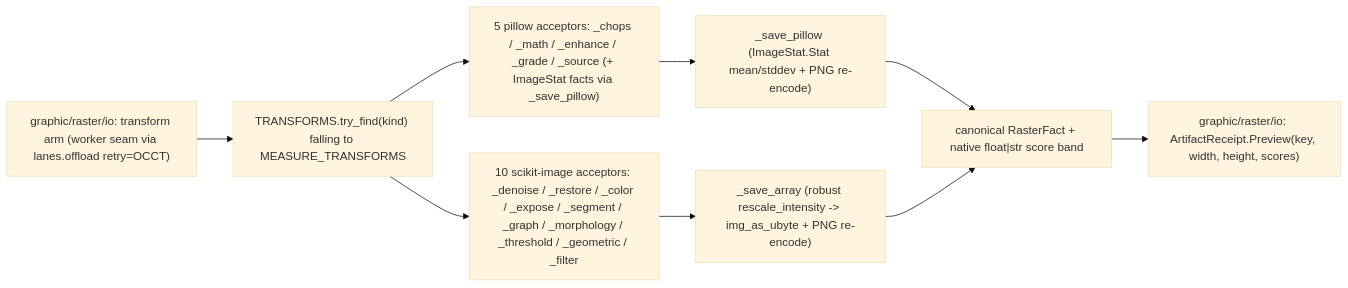
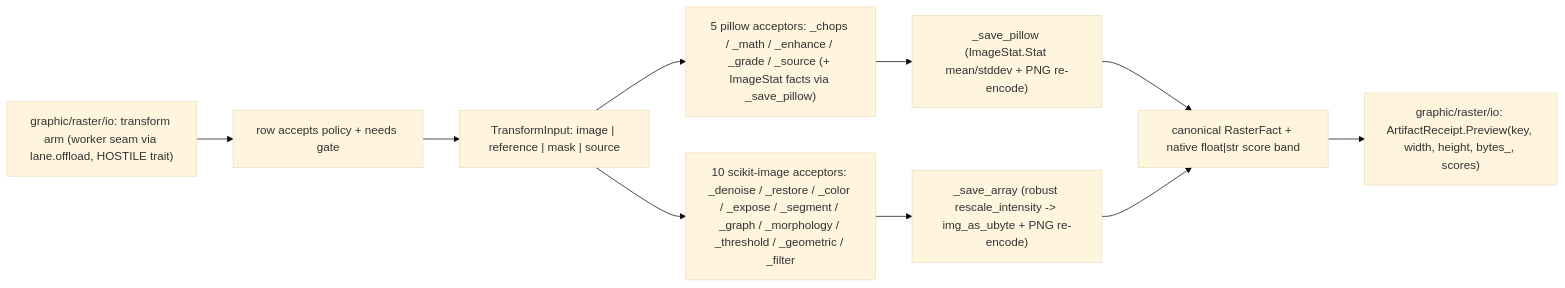
One commit to bsamiee/Rasm changed the diagram in libs/python/artifacts/.planning/graphic/raster/process.md. Above: the diagram before and after it, drawn with Mermaid (base theme). The commit also changed other lines of this file and 143 other files, not shown here.

````diff
--- a/libs/python/artifacts/.planning/graphic/raster/process.md
+++ b/libs/python/artifacts/.planning/graphic/raster/process.md
@@ -694,11 +1048,12 @@
 ```mermaid
 flowchart LR
-    Tx["graphic/raster/io: transform arm (worker seam via lanes.offload retry=OCCT)"] --> Table["TRANSFORMS.try_find(kind) falling to MEASURE_TRANSFORMS"]
-    Table --> Pil["5 pillow acceptors: _chops / _math / _enhance / _grade / _source (+ ImageStat facts via _save_pillow)"]
-    Table --> Ski["10 scikit-image acceptors: _denoise / _restore / _color / _expose / _segment / _graph / _morphology / _threshold / _geometric / _filter"]
+    Tx["graphic/raster/io: transform arm (worker seam via lane.offload, HOSTILE trait)"] --> Table["row accepts policy + needs gate"]
+    Table --> Input["TransformInput: image | reference | mask | source"]
+    Input --> Pil["5 pillow acceptors: _chops / _math / _enhance / _grade / _source (+ ImageStat facts via _save_pillow)"]
+    Input --> Ski["10 scikit-image acceptors: _denoise / _restore / _color / _expose / _segment / _graph / _morphology / _threshold / _geometric / _filter"]
     Pil --> SaveP["_save_pillow (ImageStat.Stat mean/stddev + PNG re-encode)"]
     Ski --> SaveA["_save_array (robust rescale_intensity -> img_as_ubyte + PNG re-encode)"]
     SaveP --> Fact["canonical RasterFact + native float|str score band"]
     SaveA --> Fact
-    Fact --> Receipt["graphic/raster/io: ArtifactReceipt.Preview(key, width, height, scores)"]
+    Fact --> Receipt["graphic/raster/io: ArtifactReceipt.Preview(key, width, height, bytes_, scores)"]
 ```
````
